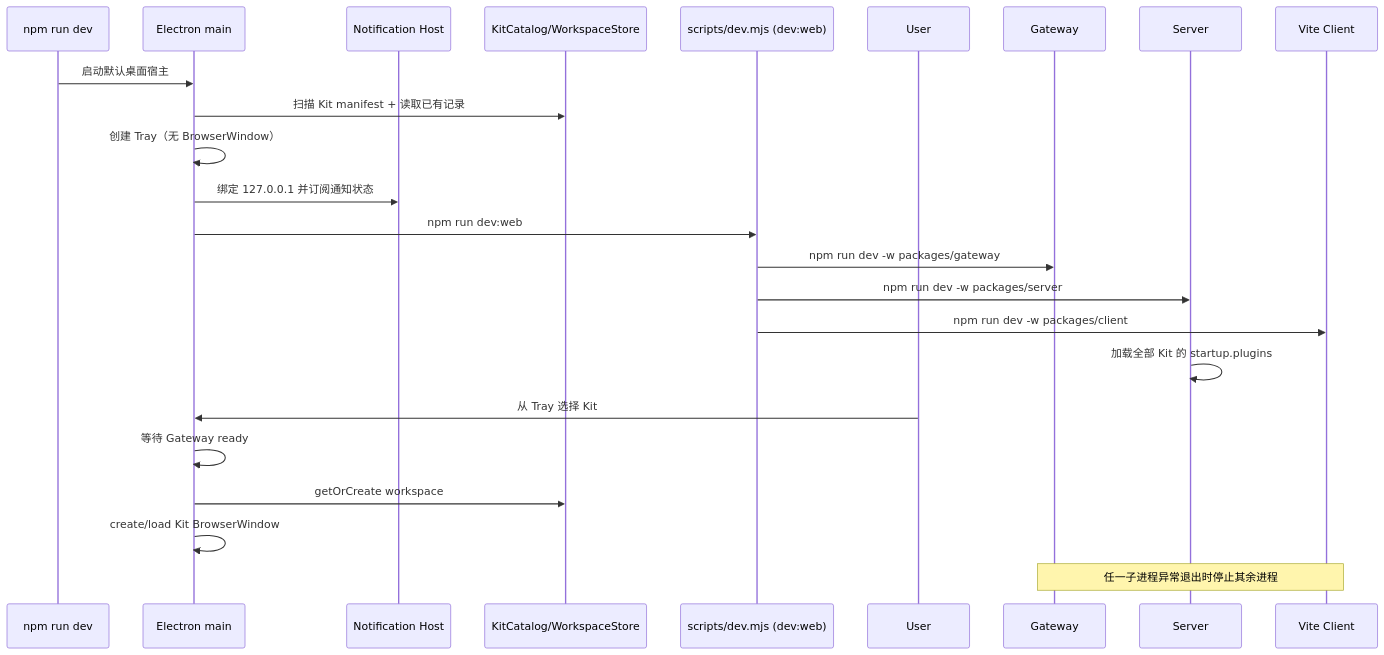
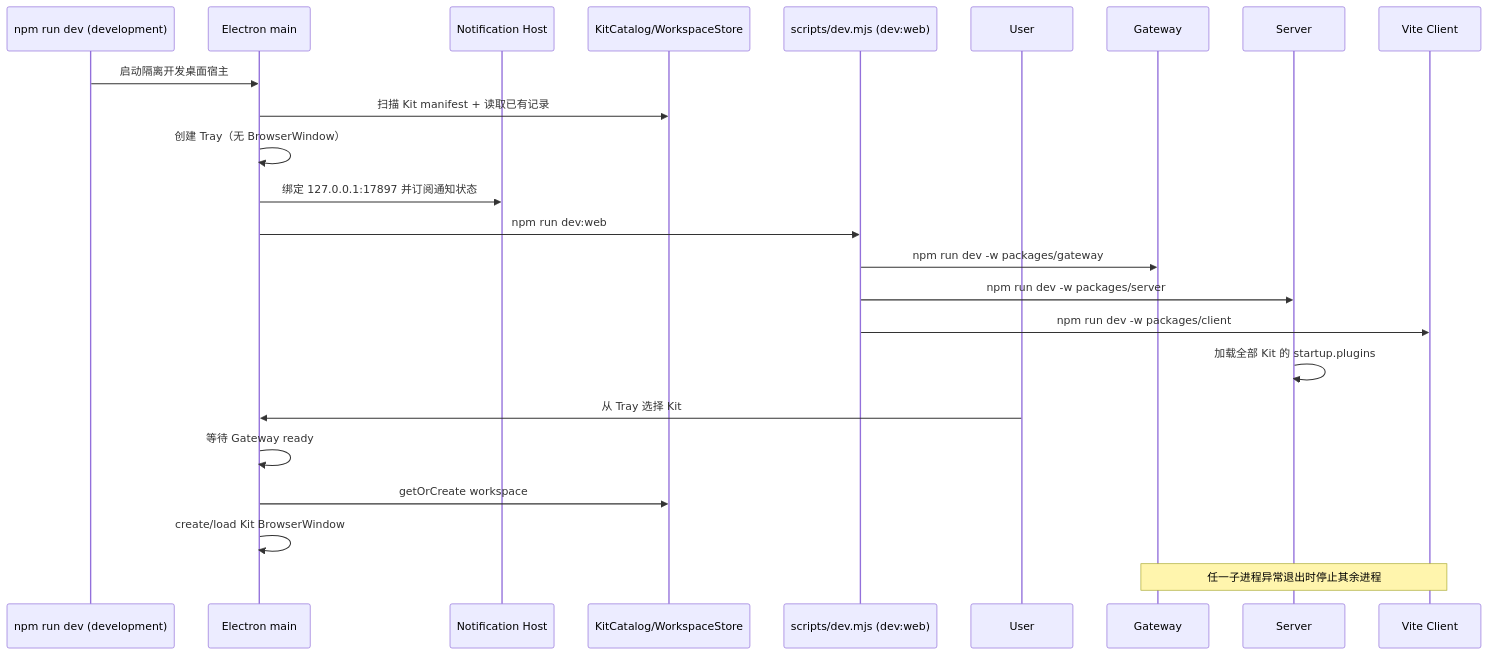
The first of 4 diagrams in docs/architecture/runtime-flows.md (itharbors/harbors), drawn with Mermaid before and after one commit. The commit also changed other lines of this file and 14 other files, not shown here.

````diff
--- a/docs/architecture/runtime-flows.md
+++ b/docs/architecture/runtime-flows.md
@@ -8,26 +8,26 @@
 ```mermaid
 sequenceDiagram
-    participant CLI as npm run dev
+    participant CLI as npm run dev (development)
     participant E as Electron main
     participant N as Notification Host
     participant K as KitCatalog/WorkspaceStore
     participant Web as scripts/dev.mjs (dev:web)
     participant U as User
     participant G as Gateway
     participant S as Server
     participant C as Vite Client
-    CLI->>E: 启动默认桌面宿主
+    CLI->>E: 启动隔离开发桌面宿主
     E->>K: 扫描 Kit manifest + 读取已有记录
     E->>E: 创建 Tray（无 BrowserWindow）
-    E->>N: 绑定 127.0.0.1 并订阅通知状态
+    E->>N: 绑定 127.0.0.1:17897 并订阅通知状态
     E->>Web: npm run dev:web
     Web->>G: npm run dev -w packages/gateway
     Web->>S: npm run dev -w packages/server
     Web->>C: npm run dev -w packages/client
     S->>S: 加载全部 Kit 的 startup.plugins
     U->>E: 从 Tray 选择 Kit
     E->>E: 等待 Gateway ready
     E->>K: getOrCreate workspace
     E->>E: create/load Kit BrowserWindow
     Note over G,C: 任一子进程异常退出时停止其余进程
 ```
````
